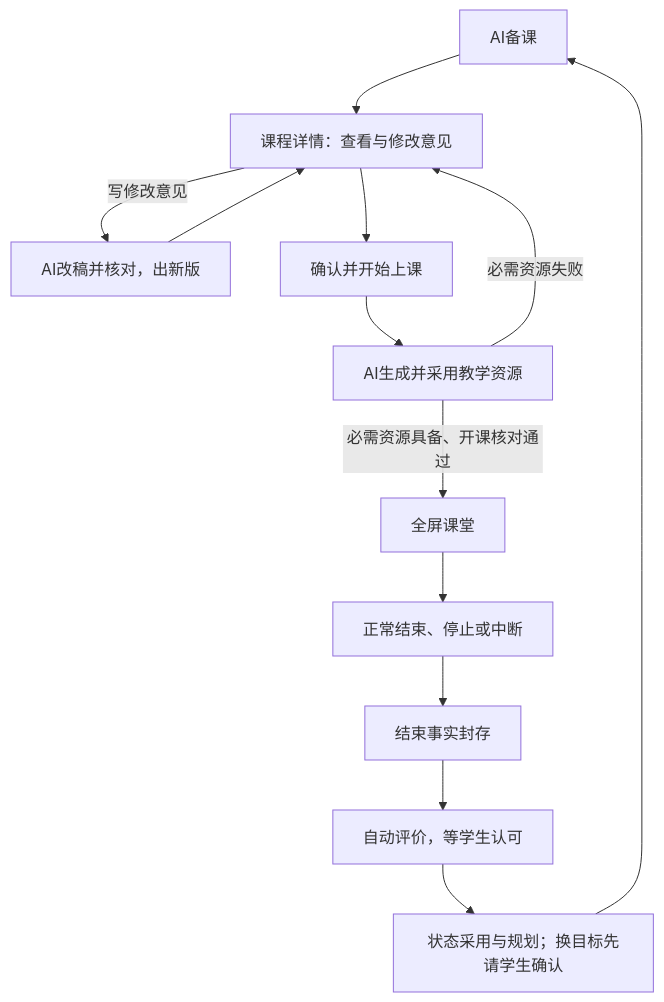
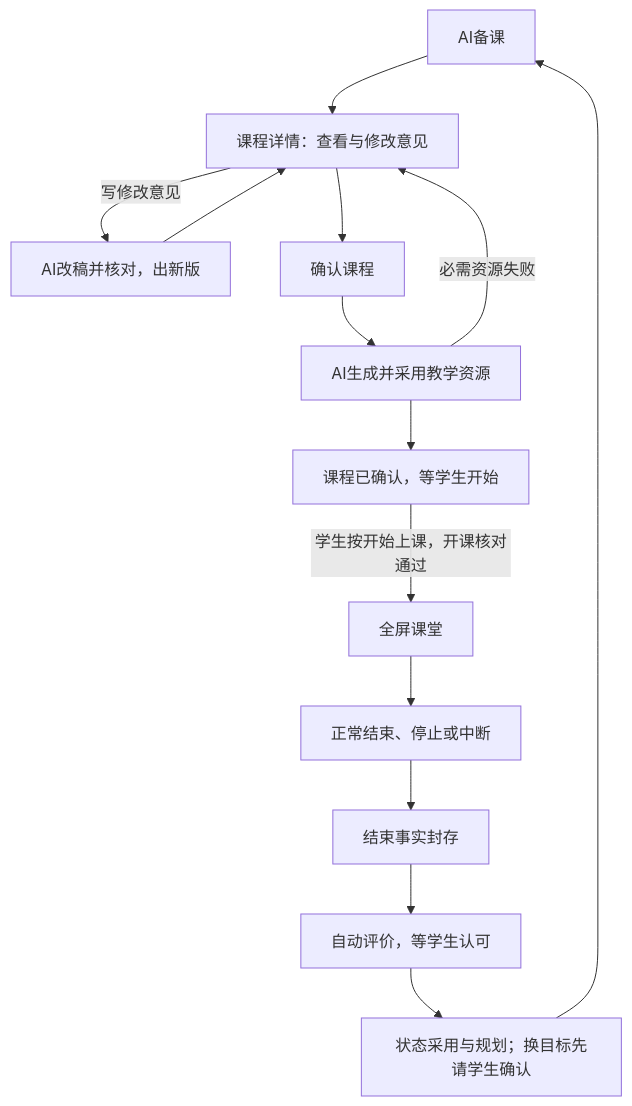
The diagram in design/interface/preview-start.md (AltairEven/ProjectJ), drawn with Mermaid before and after one commit. The commit also changed other lines of this file and 56 other files, not shown here.

````diff
--- a/design/interface/preview-start.md
+++ b/design/interface/preview-start.md
@@ -11,15 +11,16 @@
 ```mermaid
 flowchart TD
     A[AI备课] --> B[课程详情：查看与修改意见]
     B -->|写修改意见| A2[AI改稿并核对，出新版]
     A2 --> B
-    B --> C[确认并开始上课]
+    B --> C[确认课程]
     C --> R[AI生成并采用教学资源]
-    R -->|必需资源具备、开课核对通过| D[全屏课堂]
     R -->|必需资源失败| B
+    R --> W[课程已确认，等学生开始]
+    W -->|学生按开始上课，开课核对通过| D[全屏课堂]
     D --> F[正常结束、停止或中断]
     F --> S[结束事实封存]
     S --> E[自动评价，等学生认可]
     E --> P[状态采用与规划；换目标先请学生确认]
     P --> A
 ```
````
